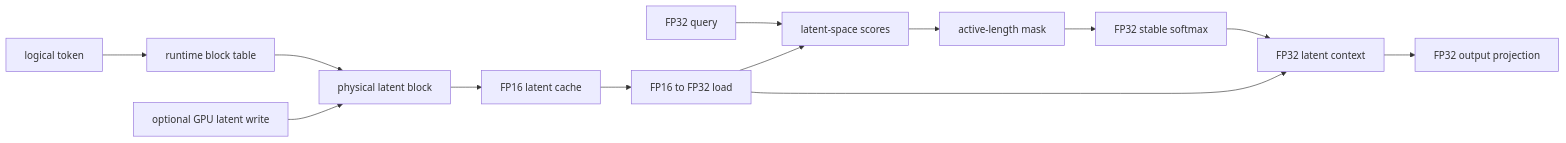
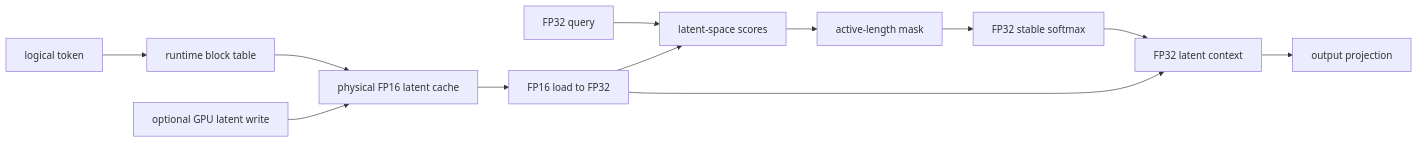
One commit to tatavishnurao/LatentPagedAttention-rs changed the diagram in README.md. Above: the diagram before and after it, drawn with Mermaid. The commit also changed other lines of this file and 7 other files, not shown here.

````diff
--- a/README.md
+++ b/README.md
@@ -25,15 +37,14 @@
 ```mermaid
 flowchart LR
     token[logical token] --> table[runtime block table]
-    table --> phys[physical latent block]
-    write[optional GPU latent write] --> phys
-    phys --> storage[FP16 latent cache]
-    storage --> cast[FP16 to FP32 load]
+    table --> cache[physical FP16 latent cache]
+    write[optional GPU latent write] --> cache
+    cache --> load[FP16 load to FP32]
     q[FP32 query] --> scores[latent-space scores]
-    cast --> scores
+    load --> scores
     scores --> mask[active-length mask]
     mask --> softmax[FP32 stable softmax]
     softmax --> context[FP32 latent context]
-    cast --> context
-    context --> output[FP32 output projection]
+    load --> context
+    context --> output[output projection]
 ```
````
